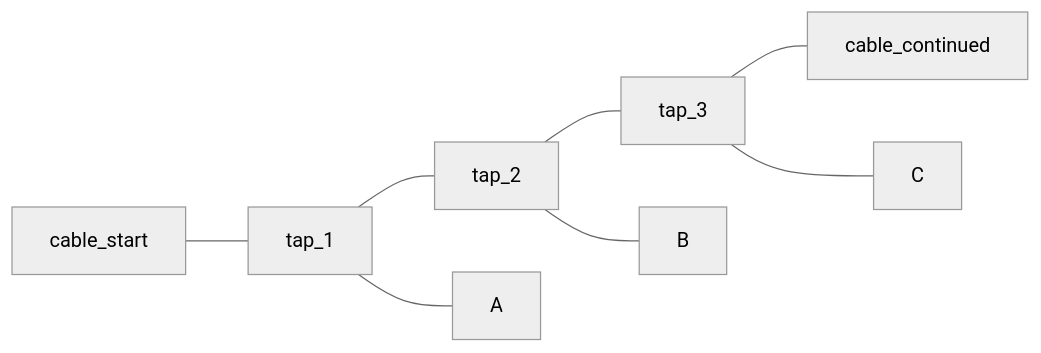
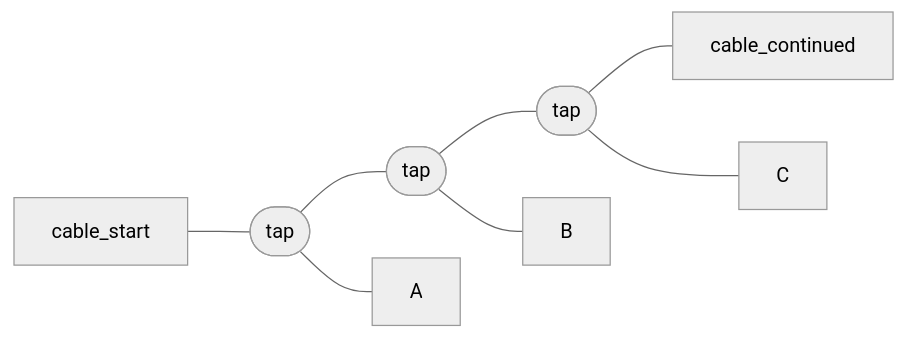
Before and after one commit to shafayat1004/My-Knowledge-Base: the sixth of 8 diagrams in vault/Data Communication.md, drawn with Mermaid (neutral theme). The commit also changed other lines of this file and 11 other files, not shown here.

````diff
--- a/vault/Data Communication.md
+++ b/vault/Data Communication.md
@@ -77,10 +71,10 @@
 ```mermaid
 graph LR
-    cable_start---tap_1
-    tap_1---tap_2
-    tap_2---tap_3
+    cable_start---tap_1([tap])
+    tap_1---tap_2([tap])
+    tap_2---tap_3([tap])
     tap_3---cable_continued
     tap_1---A
     tap_2---B
     tap_3---C
 ```
````
